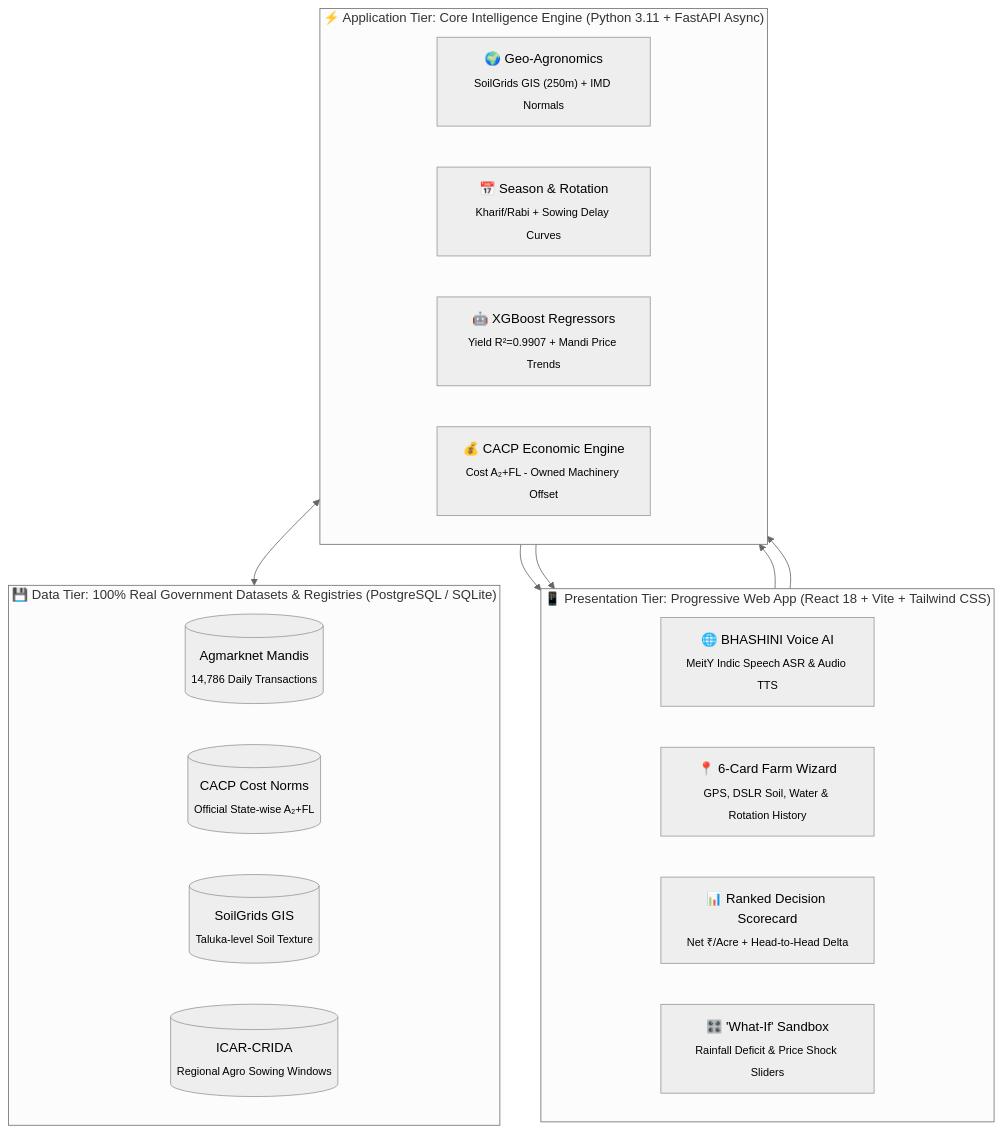
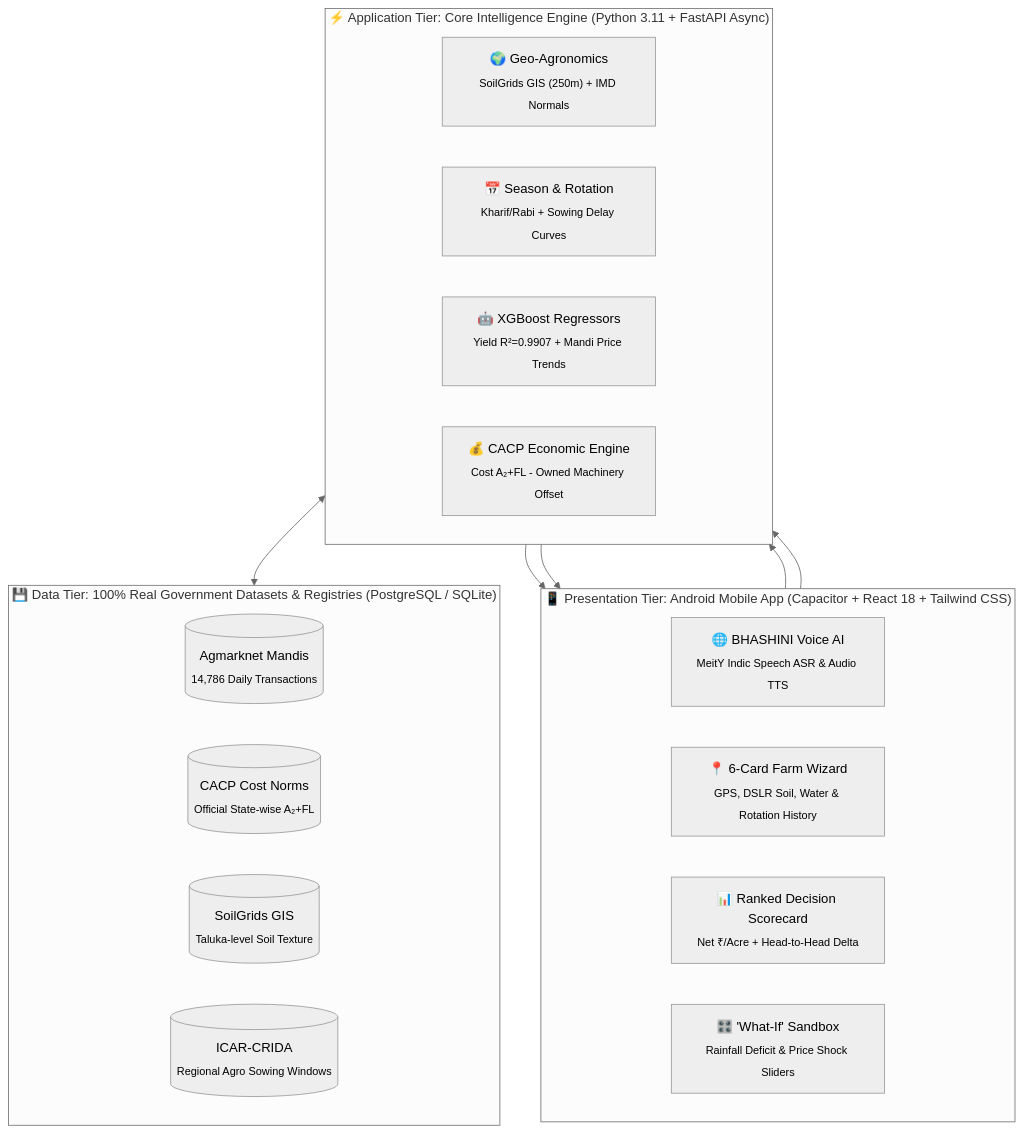
The diagram in README.md (sujeetaionly/agri-decide-sih), drawn with Mermaid (neutral theme) before and after one commit. The commit also changed other lines of this file, not shown here.

Commit message:
docs: frame client as Android Mobile App and remove live website deployment link

````diff
--- a/README.md
+++ b/README.md
@@ -58,32 +58,32 @@
 ```mermaid
 flowchart TD
-    subgraph UI ["📱 Presentation Tier: Progressive Web App (React 18 + Vite + Tailwind CSS)"]
+    subgraph UI ["📱 Presentation Tier: Android Mobile App (Capacitor + React 18 + Tailwind CSS)"]
         direction LR
         U1["🌐 BHASHINI Voice AI<br><sub>MeitY Indic Speech ASR & Audio TTS</sub>"]
         U2["📍 6-Card Farm Wizard<br><sub>GPS, DSLR Soil, Water & Rotation History</sub>"]
         U3["📊 Ranked Decision Scorecard<br><sub>Net ₹/Acre + Head-to-Head Delta</sub>"]
         U4["🎛️ 'What-If' Sandbox<br><sub>Rainfall Deficit & Price Shock Sliders</sub>"]
     end
 
     subgraph CORE ["⚡ Application Tier: Core Intelligence Engine (Python 3.11 + FastAPI Async)"]
         direction LR
         C1["🌍 Geo-Agronomics<br><sub>SoilGrids GIS (250m) + IMD Normals</sub>"]
         C2["📅 Season & Rotation<br><sub>Kharif/Rabi + Sowing Delay Curves</sub>"]
         C3["🤖 XGBoost Regressors<br><sub>Yield R²=0.9907 + Mandi Price Trends</sub>"]
         C4["💰 CACP Economic Engine<br><sub>Cost A₂+FL - Owned Machinery Offset</sub>"]
     end
 
     subgraph DATA ["💾 Data Tier: 100% Real Government Datasets & Registries (PostgreSQL / SQLite)"]
         direction LR
         D1[("Agmarknet Mandis<br><sub>14,786 Daily Transactions</sub>")]
         D2[("CACP Cost Norms<br><sub>Official State-wise A₂+FL</sub>")]
         D3[("SoilGrids GIS<br><sub>Taluka-level Soil Texture</sub>")]
         D4[("ICAR-CRIDA<br><sub>Regional Agro Sowing Windows</sub>")]
     end
 
     U1 --> CORE
     U2 --> CORE
     CORE <--> DATA
     CORE --> U3
     CORE --> U4
 ```
````
